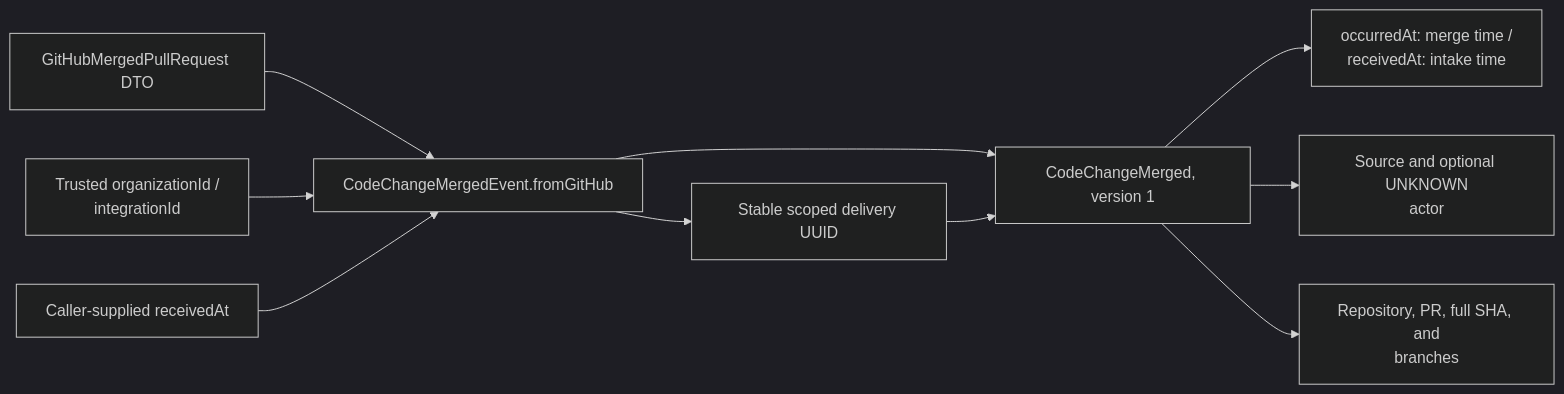
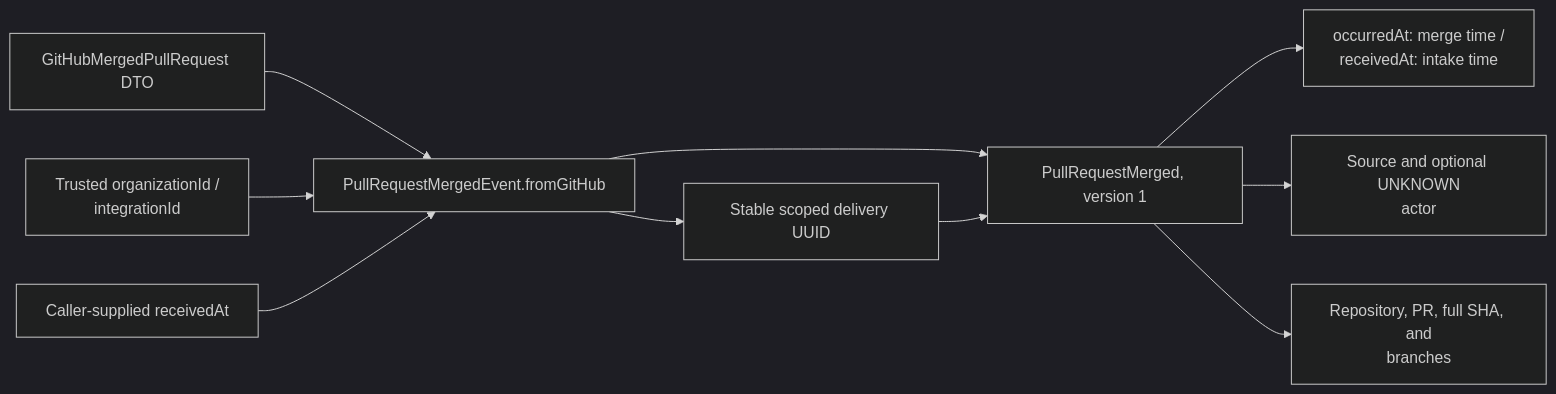
The sixth of 12 diagrams in backend/README.md (ChangeGuardHQ/changuard-platform), drawn with Mermaid (dark theme) before and after one commit. The commit also changed other lines of this file and 53 other files, not shown here.

````diff
--- a/backend/README.md
+++ b/backend/README.md
@@ -474,12 +499,12 @@
 ```mermaid
 flowchart LR
-    DTO["GitHubMergedPullRequest DTO"] --> Factory["CodeChangeMergedEvent.fromGitHub"]
+    DTO["GitHubMergedPullRequest DTO"] --> Factory["PullRequestMergedEvent.fromGitHub"]
     Context["Trusted organizationId /<br/>integrationId"] --> Factory
     Time["Caller-supplied receivedAt"] --> Factory
     Factory --> ID["Stable scoped delivery UUID"]
-    Factory --> Event["CodeChangeMerged, version 1"]
+    Factory --> Event["PullRequestMerged, version 1"]
     ID --> Event
     Event --> Timing["occurredAt: merge time /<br/>receivedAt: intake time"]
     Event --> Attribution["Source and optional UNKNOWN<br/>actor"]
     Event --> Payload["Repository, PR, full SHA, and<br/>branches"]
 ```
````
